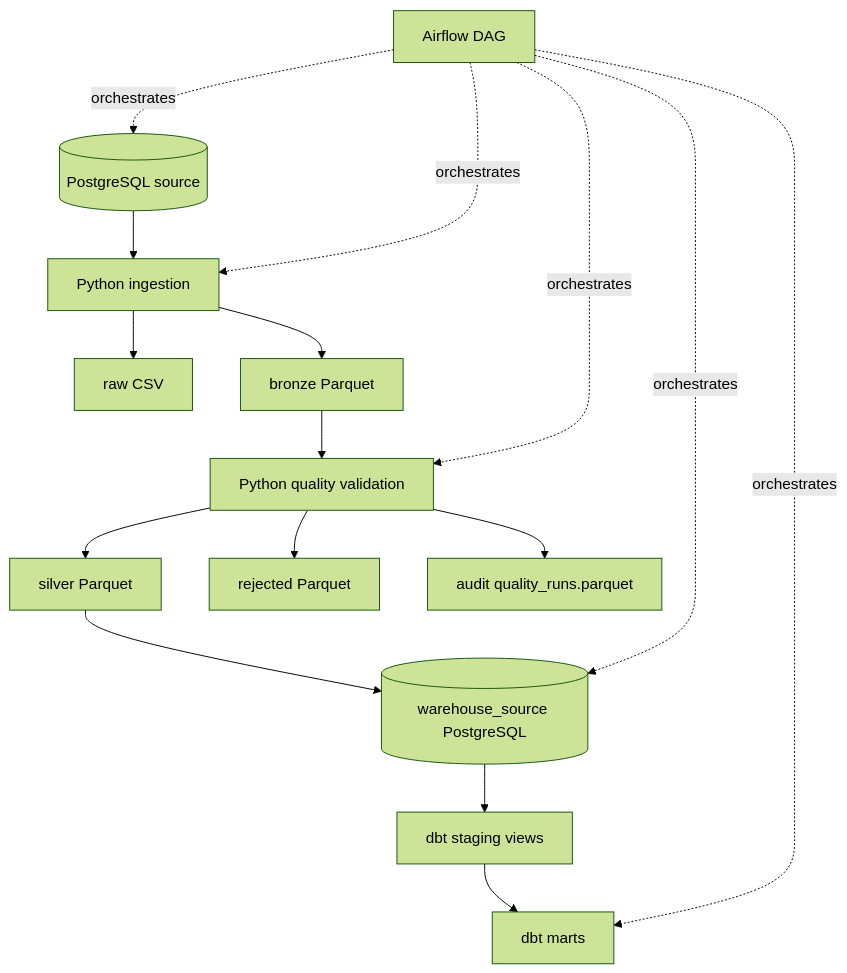
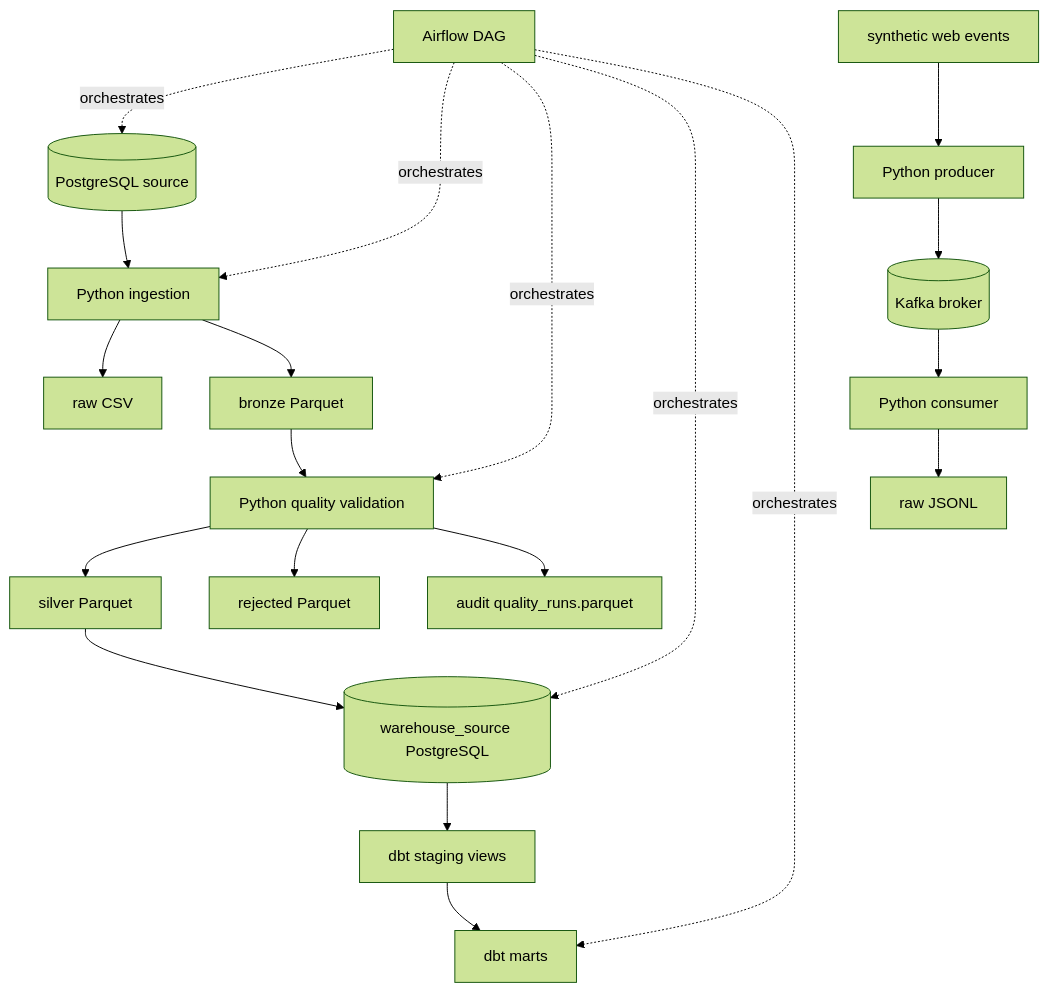
The first of 2 diagrams in docs/architecture.md (davidhidsan-dev/retailpulse-data-platform), drawn with Mermaid (forest theme) before and after one commit. The commit also changed other lines of this file and 14 other files, not shown here.

Commit message:
feat: add Kafka web event streaming flow

````diff
--- a/docs/architecture.md
+++ b/docs/architecture.md
@@ -11,31 +11,40 @@
 ```mermaid
 flowchart TD
     source[(PostgreSQL source)]
     ingestion[Python ingestion]
     raw[raw CSV]
     bronze[bronze Parquet]
     quality[Python quality validation]
     silver[silver Parquet]
     rejected[rejected Parquet]
     audit[audit quality_runs.parquet]
     warehouse[(warehouse_source PostgreSQL)]
     staging[dbt staging views]
     marts[dbt marts]
     airflow[Airflow DAG]
+    web_events[synthetic web events]
+    producer[Python producer]
+    kafka[(Kafka broker)]
+    consumer[Python consumer]
+    event_raw[raw JSONL]
 
     source --> ingestion
     ingestion --> raw
     ingestion --> bronze
     bronze --> quality
     quality --> silver
     quality --> rejected
     quality --> audit
     silver --> warehouse
     warehouse --> staging
     staging --> marts
     airflow -. orchestrates .-> source
     airflow -. orchestrates .-> ingestion
     airflow -. orchestrates .-> quality
     airflow -. orchestrates .-> warehouse
     airflow -. orchestrates .-> marts
+    web_events --> producer
+    producer --> kafka
+    kafka --> consumer
+    consumer --> event_raw
 ```
````
